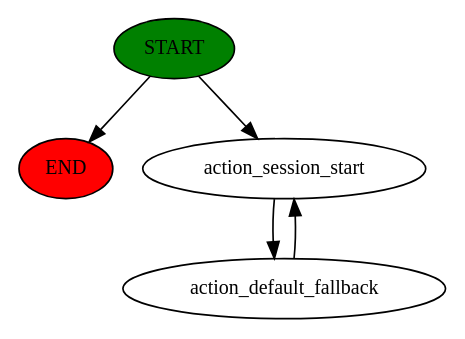
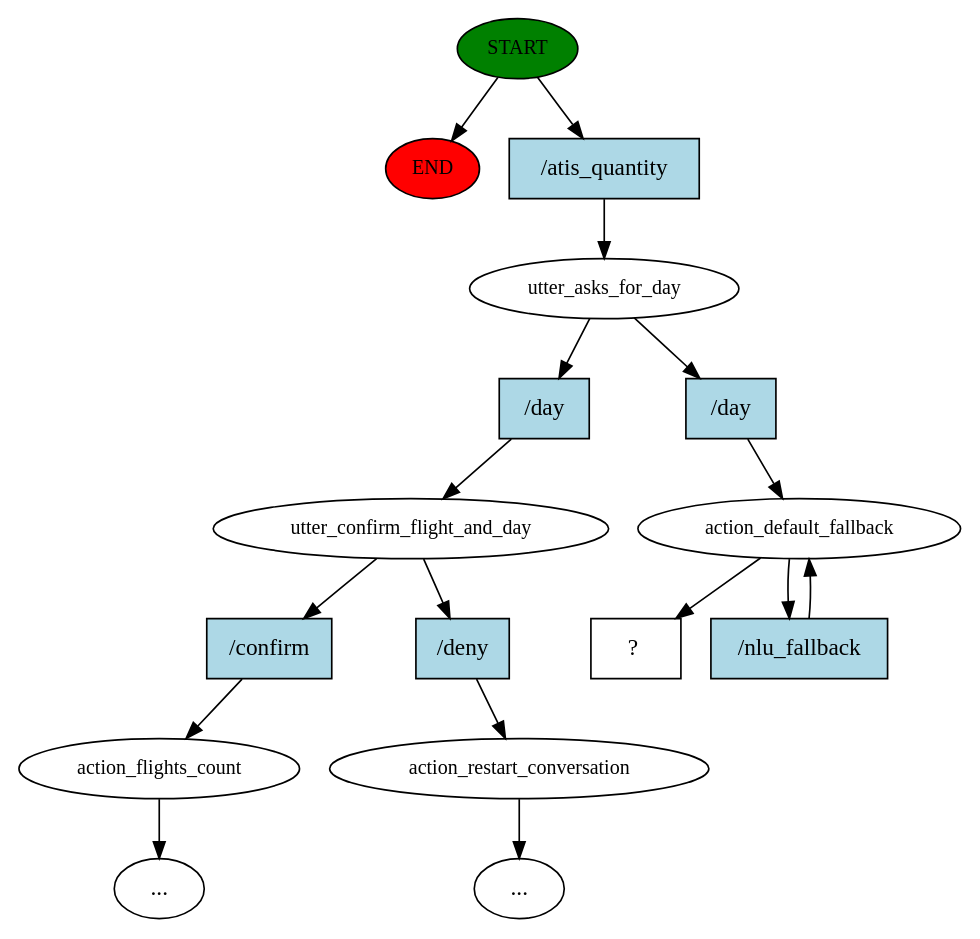
The diagram in rasa/story_graph.dot (v1lton/chatbot), drawn with Graphviz before and after one commit. The commit also changed 108 other files, not shown here.

```diff
--- a/rasa/story_graph.dot
+++ b/rasa/story_graph.dot
@@ -1,10 +1,34 @@
 digraph  {
 0 [class="start active", fillcolor=green, fontsize=12, label=START, style=filled];
 "-1" [class=end, fillcolor=red, fontsize=12, label=END, style=filled];
-1 [class=active, fontsize=12, label=action_session_start];
-2 [class="active dashed", fontsize=12, label=action_default_fallback];
+1 [class=active, fontsize=12, label=utter_asks_for_day];
+2 [class="", fontsize=12, label=utter_confirm_flight_and_day];
+3 [class="", fontsize=12, label=action_flights_count];
+"-3" [class=ellipsis, label="..."];
+6 [class="", fontsize=12, label=action_restart_conversation];
+"-4" [class=ellipsis, label="..."];
+8 [class=active, fontsize=12, label=action_default_fallback];
+10 [class="intent dashed active", label="  ?  ", shape=rect];
+11 [class="intent active", fillcolor=lightblue, label="/atis_quantity", shape=rect, style=filled];
+12 [class=intent, fillcolor=lightblue, label="/day", shape=rect, style=filled];
+13 [class="intent active", fillcolor=lightblue, label="/day", shape=rect, style=filled];
+14 [class=intent, fillcolor=lightblue, label="/confirm", shape=rect, style=filled];
+15 [class=intent, fillcolor=lightblue, label="/deny", shape=rect, style=filled];
+16 [class="intent active", fillcolor=lightblue, label="/nlu_fallback", shape=rect, style=filled];
 0 -> "-1"  [class="", key=NONE, label=""];
-0 -> 1  [class=active, key=NONE, label=""];
-1 -> 2  [class=active, key=NONE, label=""];
-2 -> 1  [class=active, key=NONE, label=""];
+0 -> 11  [class=active, key=0];
+1 -> 12  [class="", key=0];
+1 -> 13  [class=active, key=0];
+2 -> 14  [class="", key=0];
+2 -> 15  [class="", key=0];
+3 -> "-3"  [class="", key=NONE, label=""];
+6 -> "-4"  [class="", key=NONE, label=""];
+8 -> 10  [class=active, key=NONE, label=""];
+8 -> 16  [class=active, key=0];
+11 -> 1  [class=active, key=0];
+12 -> 2  [class="", key=0];
+13 -> 8  [class=active, key=0];
+14 -> 3  [class="", key=0];
+15 -> 6  [class="", key=0];
+16 -> 8  [class=active, key=0];
 }
```
